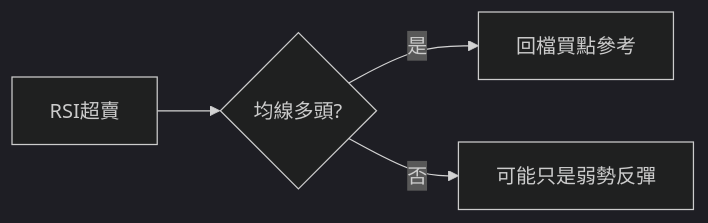
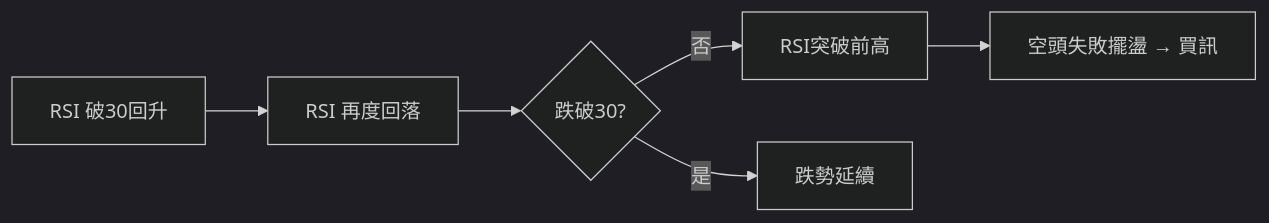
Before and after one commit to skymiku39/stock_school: the diagram in docs/04-charts/rsi.md, drawn with Mermaid (dark theme). The commit also changed other lines of this file and 35 other files, not shown here.

````diff
--- a/docs/04-charts/rsi.md
+++ b/docs/04-charts/rsi.md
@@ -37,6 +100,8 @@
 ```mermaid
 flowchart LR
-    A[RSI超賣] --> B{均線多頭?}
-    B -->|是| C[回檔買點參考]
-    B -->|否| D[可能只是弱勢反彈]
+    A[RSI 破30回升] --> B[RSI 再度回落]
+    B --> C{跌破30?}
+    C -->|否| D[RSI突破前高]
+    D --> E[空頭失敗擺盪 → 買訊]
+    C -->|是| F[跌勢延續]
 ```
````
